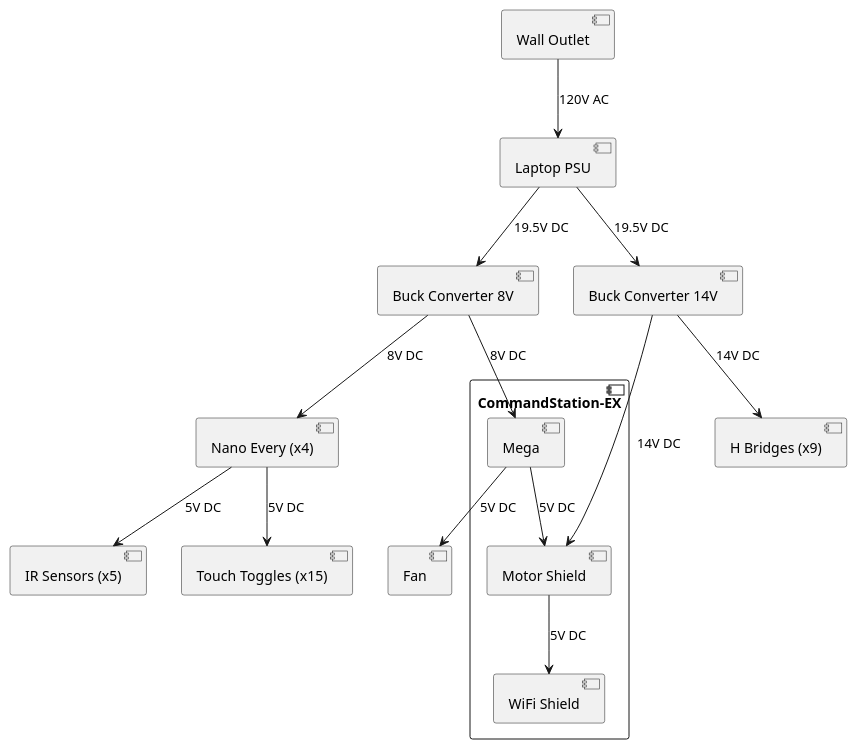
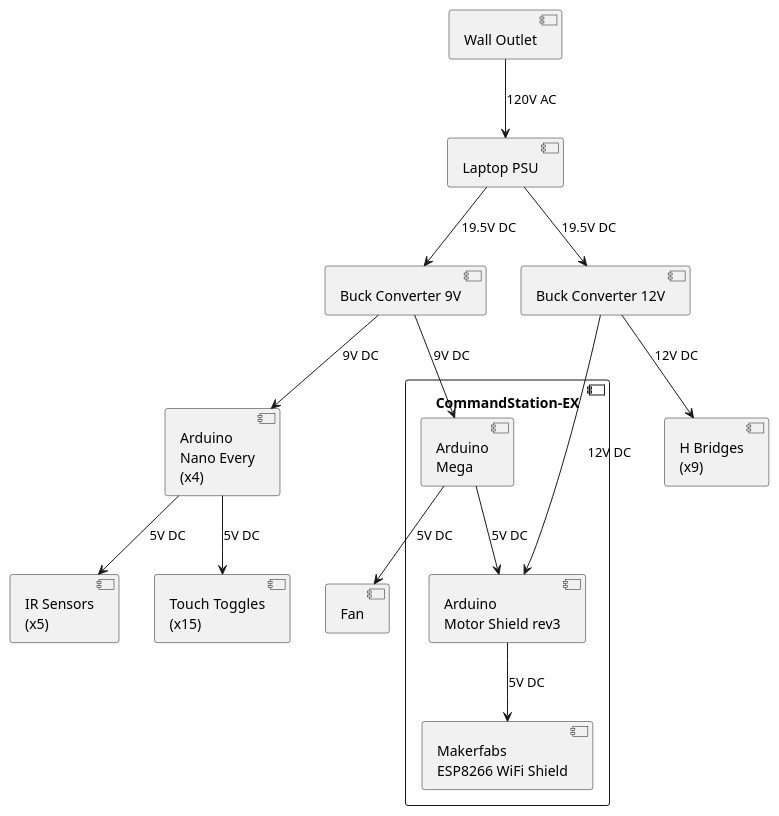
One commit to kmltechio/lumber_district changed the diagram in docs/POWER.puml. Above: the diagram before and after it, drawn with PlantUML.

```diff
--- a/docs/POWER.puml
+++ b/docs/POWER.puml
@@ -1,35 +1,35 @@
 @startuml Power Distribution
 
 component [Wall Outlet] as wall
 component [Laptop PSU] as psu
-component [Buck Converter 8V] as buck8
-component [Buck Converter 14V] as buck14
+component [Buck Converter 9V] as buck9
+component [Buck Converter 12V] as buck12
 component "CommandStation-EX" {
-    component [Mega] as mega
-    component [Motor Shield] as motor
-    component [WiFi Shield] as wifi
+    component [Arduino\nMega] as mega
+    component [Arduino\nMotor Shield rev3] as motor
+    component [Makerfabs\nESP8266 WiFi Shield] as wifi
 }
-component [Nano Every (x4)] as nano
-component [IR Sensors (x5)] as ir
-component [H Bridges (x9)] as h_bridges
-component [Touch Toggles (x15)] as touch
+component [Arduino\nNano Every\n(x4)] as nano
+component [IR Sensors\n(x5)] as ir
+component [H Bridges\n(x9)] as h_bridges
+component [Touch Toggles\n(x15)] as touch
 component [Fan] as fan
 
 wall --> psu : 120V AC
-psu --> buck8 : 19.5V DC
-psu --> buck14 : 19.5V DC
+psu --> buck9 : 19.5V DC
+psu --> buck12 : 19.5V DC
 
-buck14 --> h_bridges : 14V DC
-buck14 ---> motor : 14V DC
+buck12 --> h_bridges : 12V DC
+buck12 ---> motor : 12V DC
 
-buck8 --> mega : 8V DC
-buck8 --> nano : 8V DC
+buck9 --> mega : 9V DC
+buck9 --> nano : 9V DC
 
 mega --> motor : 5V DC
 motor --> wifi : 5V DC
 mega --> fan : 5V DC
 
 nano --> ir : 5V DC
 nano --> touch : 5V DC
 
 @enduml
```
